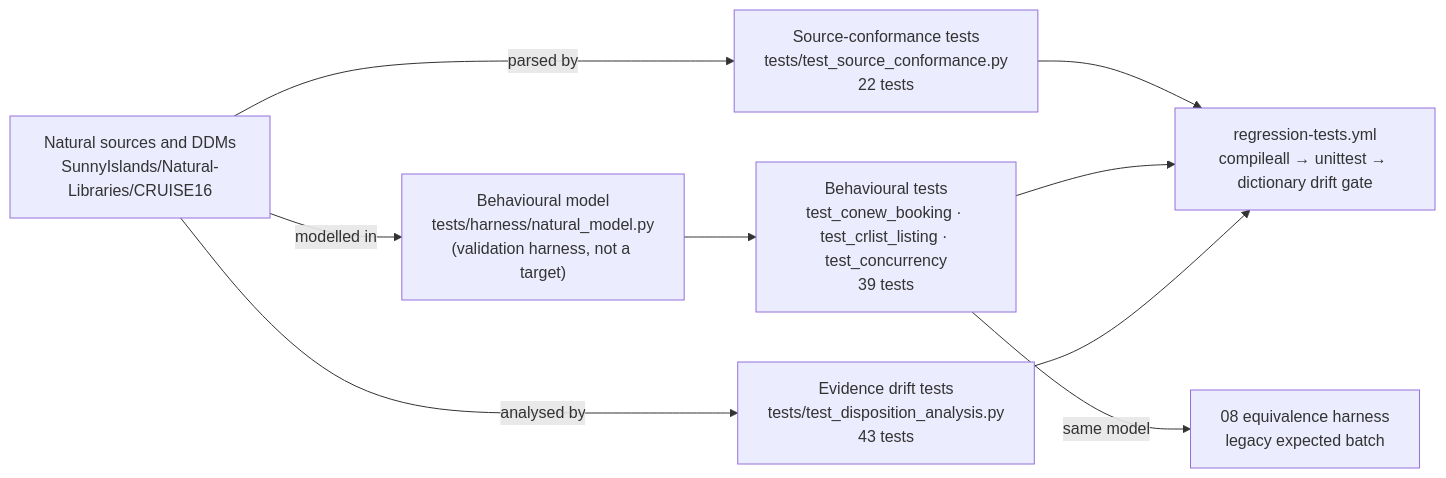
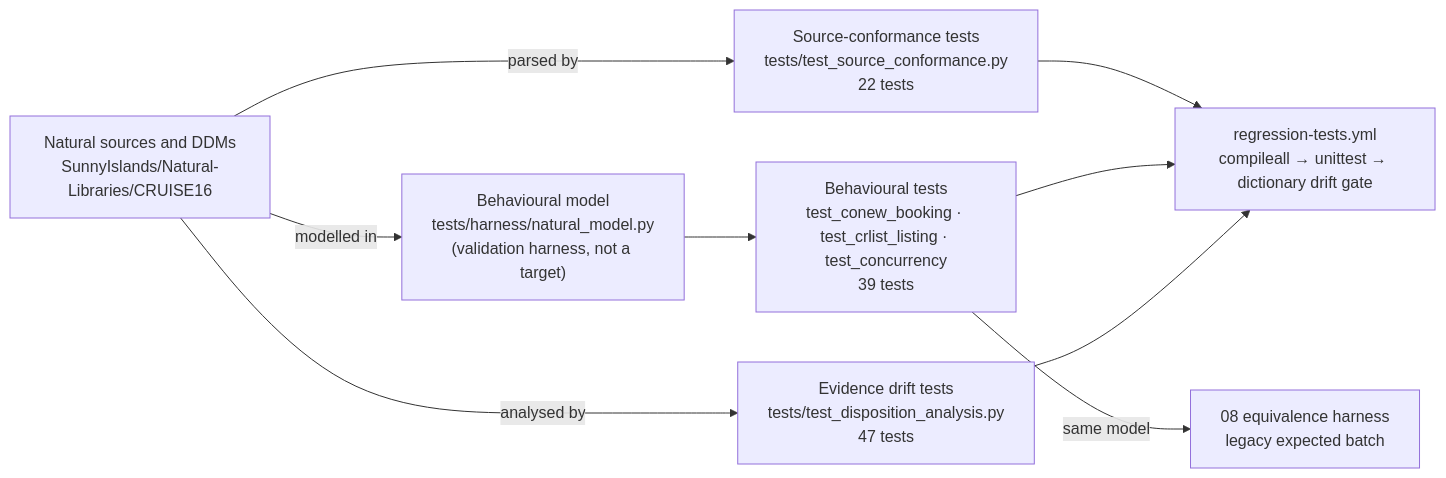
The diagram in fpps-hcm-modernization-deliverable/09-unit-test-regression-jcl-runcompare/test-generation-approach.md (COG-GTM/ADABAS-natural-for-ajax-devops-sample-application), drawn with Mermaid before and after one commit. The commit also changed other lines of this file and 7 other files, not shown here.

````diff
--- a/fpps-hcm-modernization-deliverable/09-unit-test-regression-jcl-runcompare/test-generation-approach.md
+++ b/fpps-hcm-modernization-deliverable/09-unit-test-regression-jcl-runcompare/test-generation-approach.md
@@ -35,9 +35,9 @@
 ```mermaid
 flowchart LR
     SRC["Natural sources and DDMs<br/>SunnyIslands/Natural-Libraries/CRUISE16"] -->|"parsed by"| CONF["Source-conformance tests<br/>tests/test_source_conformance.py<br/>22 tests"]
     SRC -->|"modelled in"| MODEL["Behavioural model<br/>tests/harness/natural_model.py<br/>(validation harness, not a target)"]
     MODEL --> BEH["Behavioural tests<br/>test_conew_booking · test_crlist_listing · test_concurrency<br/>39 tests"]
-    SRC -->|"analysed by"| DISP["Evidence drift tests<br/>tests/test_disposition_analysis.py<br/>43 tests"]
+    SRC -->|"analysed by"| DISP["Evidence drift tests<br/>tests/test_disposition_analysis.py<br/>47 tests"]
     CONF & BEH & DISP --> CI["regression-tests.yml<br/>compileall → unittest → dictionary drift gate"]
     BEH -->|"same model"| EQ["08 equivalence harness<br/>legacy expected batch"]
 ```
````
